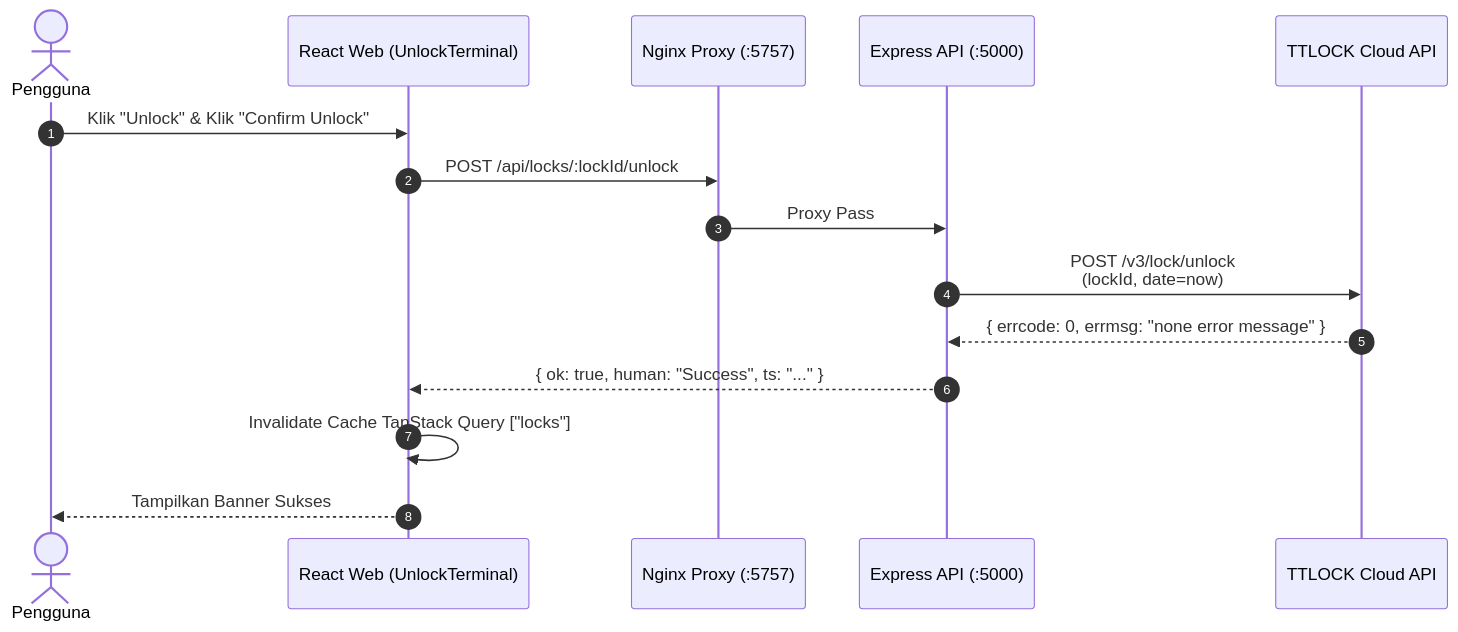
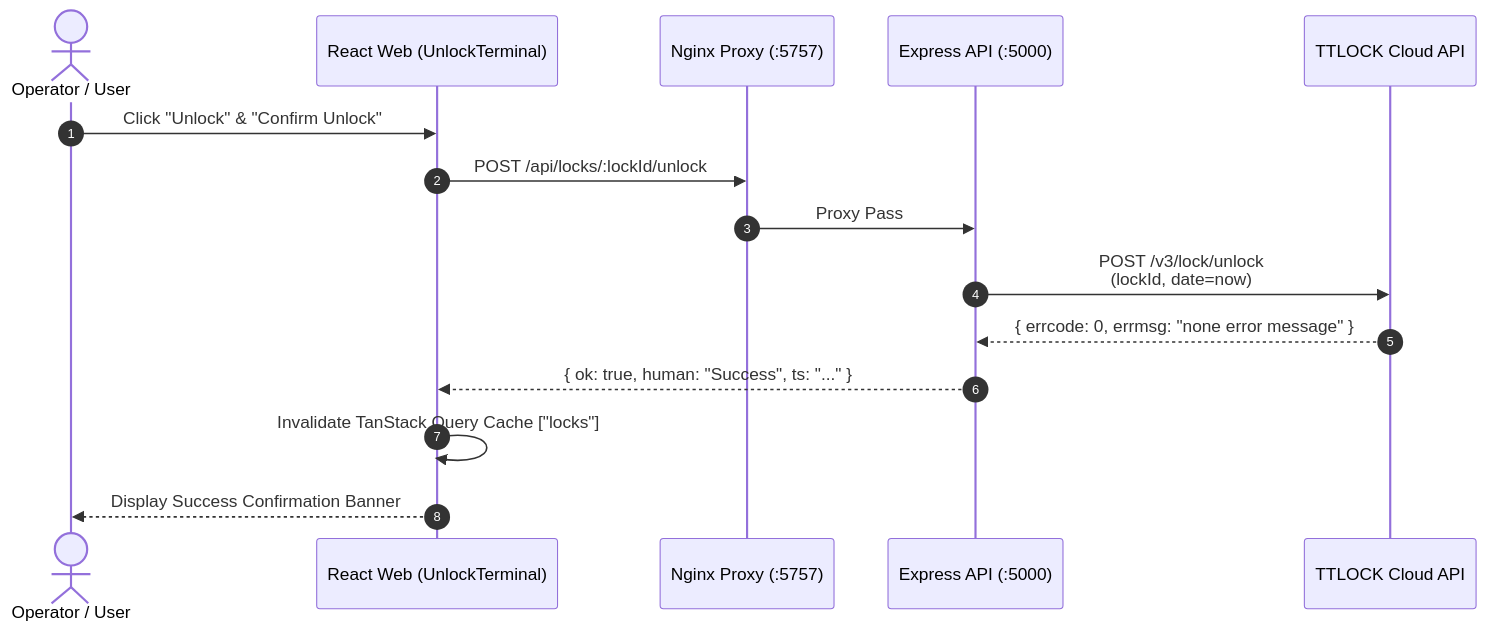
Before and after one commit to helmipradita/ttlock-dashboard: the third of 7 diagrams in docs/ARCHITECTURE.md, drawn with Mermaid. The commit also changed other lines of this file and 9 other files, not shown here.

````diff
--- a/docs/ARCHITECTURE.md
+++ b/docs/ARCHITECTURE.md
@@ -81,18 +81,18 @@
 ```mermaid
 sequenceDiagram
     autonumber
-    actor User as Pengguna
+    actor User as Operator / User
     participant Web as React Web (UnlockTerminal)
     participant Nginx as Nginx Proxy (:5757)
     participant Backend as Express API (:5000)
     participant TTLock as TTLOCK Cloud API
 
-    User->>Web: Klik "Unlock" & Klik "Confirm Unlock"
+    User->>Web: Click "Unlock" & "Confirm Unlock"
     Web->>Nginx: POST /api/locks/:lockId/unlock
     Nginx->>Backend: Proxy Pass
     Backend->>TTLock: POST /v3/lock/unlock<br/>(lockId, date=now)
     TTLock-->>Backend: { errcode: 0, errmsg: "none error message" }
     Backend-->>Web: { ok: true, human: "Success", ts: "..." }
-    Web->>Web: Invalidate Cache TanStack Query ["locks"]
-    Web-->>User: Tampilkan Banner Sukses
+    Web->>Web: Invalidate TanStack Query Cache ["locks"]
+    Web-->>User: Display Success Confirmation Banner
 ```
````
